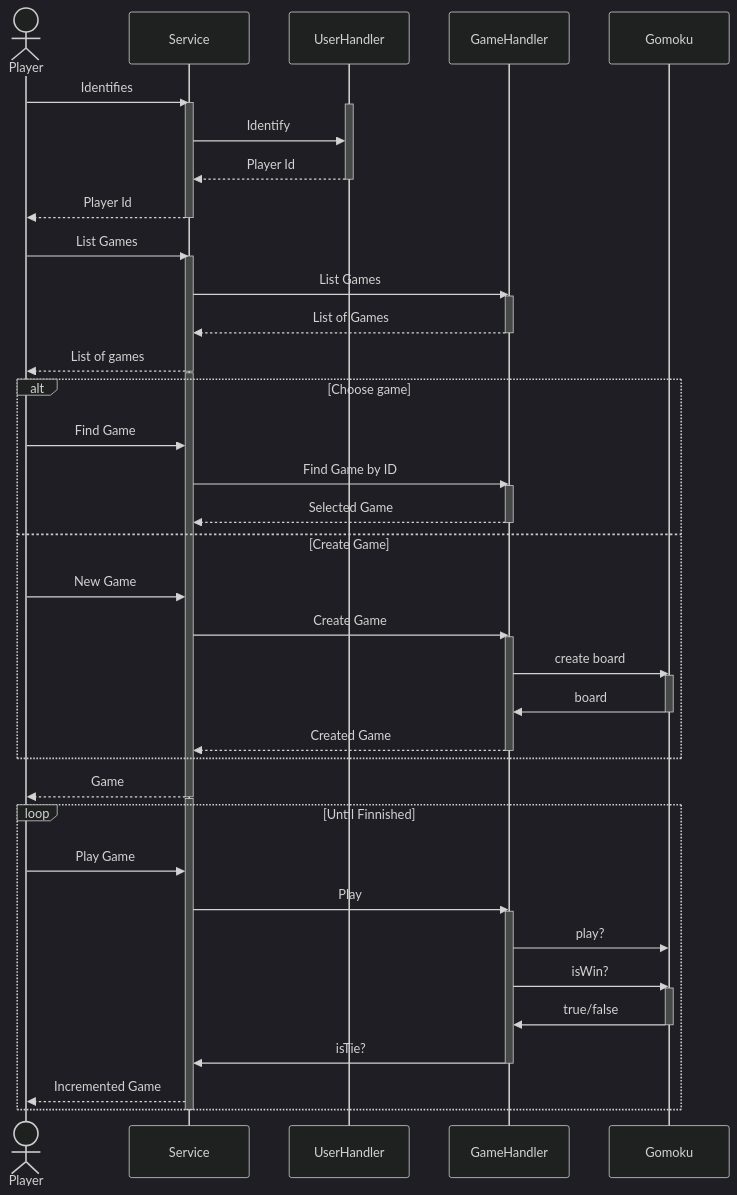
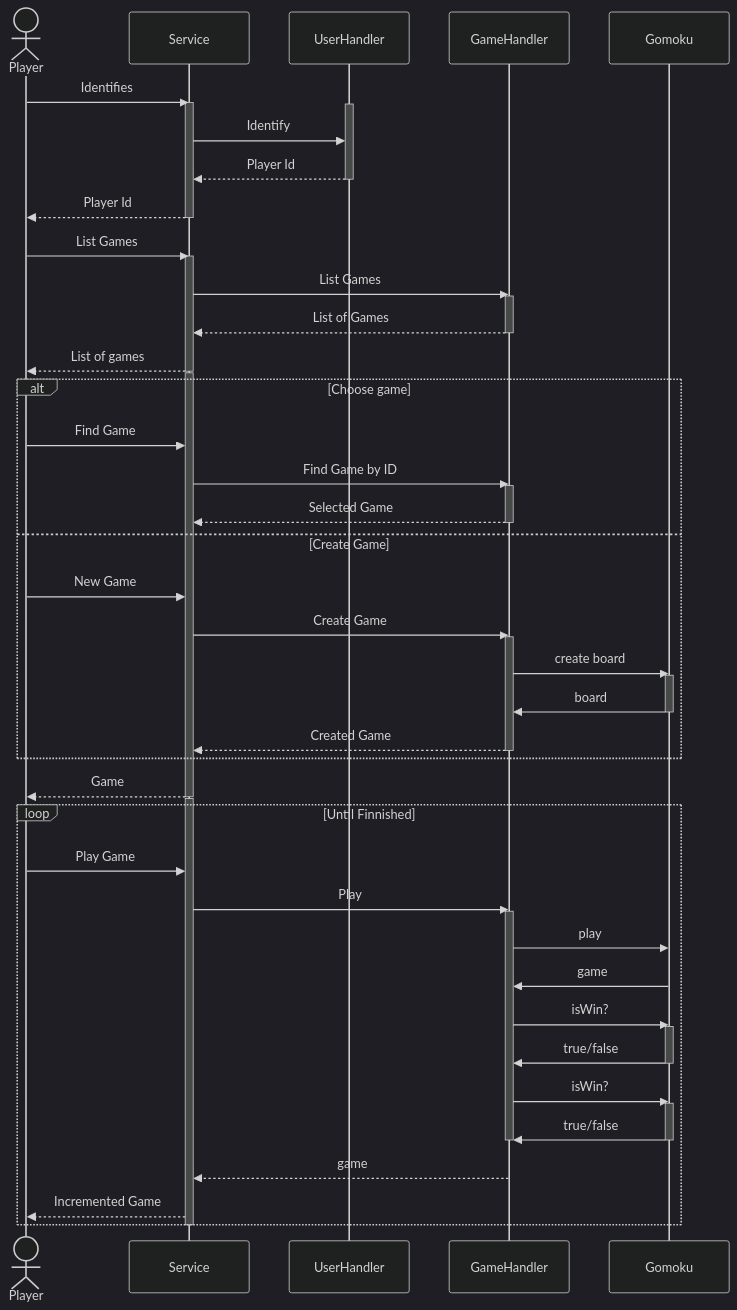
Before and after one commit to miwashi-edu/edu-http-classic-gomoku-js: the diagram in README.md, drawn with Mermaid (dark theme).

````diff
--- a/README.md
+++ b/README.md
@@ -17,64 +17,69 @@
 ```mermaid
 
 sequenceDiagram
     actor Player
     participant Service
     participant UserHandler
     participant GameHandler
     participant Gomoku
 
     Player->>Service: Identifies
     activate Service
     activate UserHandler
     Service->>UserHandler: Identify
     UserHandler-->>Service: Player Id
     deactivate UserHandler
     Service-->>Player: Player Id
     deactivate Service
     
     Player->>Service: List Games
     activate Service
     Service->>GameHandler: List Games
     activate GameHandler
     GameHandler-->>Service: List of Games
     deactivate GameHandler
     Service-->>Player: List of games
     deactivate Service
     
     activate Service
     alt Choose game
         Player->>Service: Find Game
         Service->>GameHandler: Find Game by ID
         activate GameHandler
         GameHandler-->>Service: Selected Game
         deactivate GameHandler
     else Create Game
         Player->>Service: New Game
         Service->>GameHandler: Create Game
         activate GameHandler
         GameHandler->>Gomoku: create board
         activate Gomoku
         Gomoku->>GameHandler: board
         deactivate Gomoku
         GameHandler-->>Service: Created Game
         deactivate GameHandler
     end
     Service-->>Player: Game
     deactivate Service
     
     activate Service
     loop Until Finnished
         Player->>Service: Play Game
         Service->>GameHandler: Play
         activate GameHandler
-        GameHandler->>Gomoku: play?
+        GameHandler->>Gomoku: play
+        Gomoku->>GameHandler: game
         GameHandler->>Gomoku: isWin?
         activate Gomoku
         Gomoku->>GameHandler: true/false
         deactivate Gomoku
-        GameHandler->>Service: isTie?
+        GameHandler->>Gomoku: isWin?
+        activate Gomoku
+        Gomoku->>GameHandler: true/false
+        deactivate Gomoku
         deactivate GameHandler
+        GameHandler-->>Service: game
         Service-->>Player: Incremented Game
     end
     deactivate Service
 ```
````
